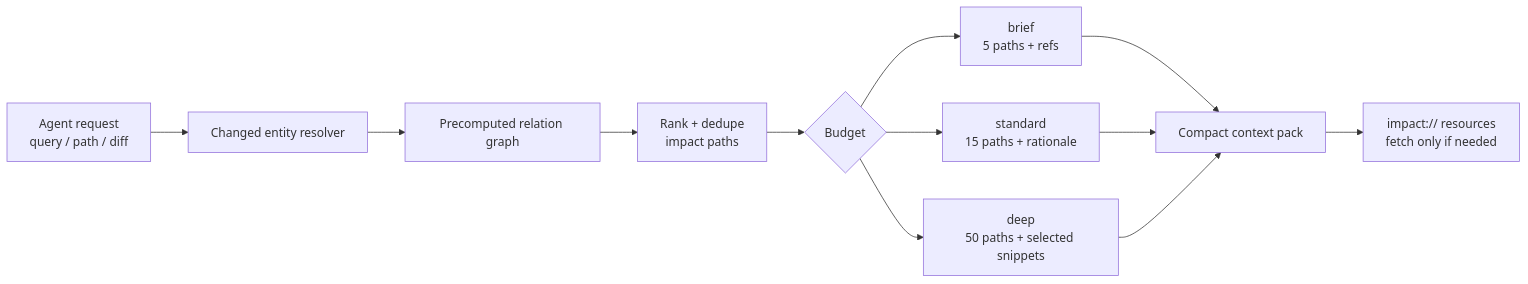
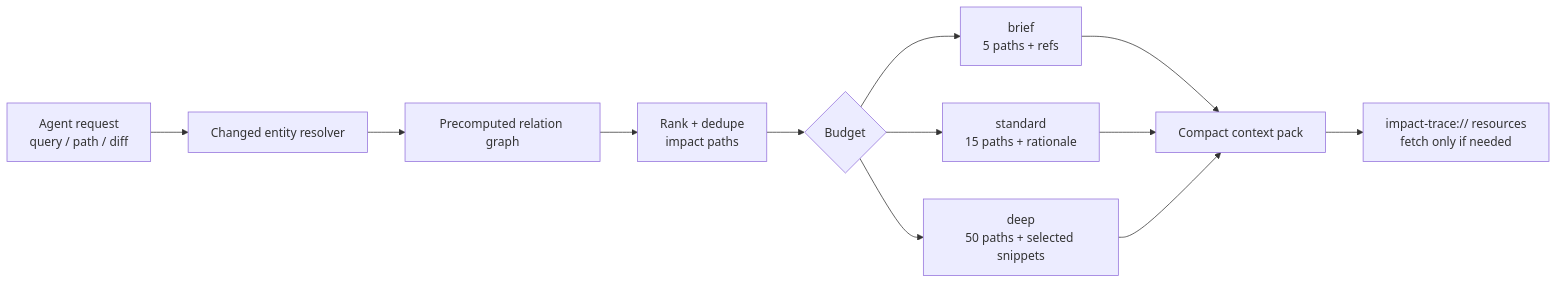
Before and after one commit to YouSangSon/Parallax: the second of 9 diagrams in docs/impact-context-layer-plan.ko.md, drawn with Mermaid. The commit also changed other lines of this file and 4 other files, not shown here.

First line of the commit message:
docs(agentmemory): follow-up roadmap 정렬

````diff
--- a/docs/impact-context-layer-plan.ko.md
+++ b/docs/impact-context-layer-plan.ko.md
@@ -149,14 +149,14 @@
 ```mermaid
 flowchart LR
   Request["Agent request<br/>query / path / diff"] --> Resolve["Changed entity resolver"]
   Resolve --> Graph["Precomputed relation graph"]
   Graph --> Rank["Rank + dedupe<br/>impact paths"]
   Rank --> Budget{"Budget"}
   Budget --> Brief["brief<br/>5 paths + refs"]
   Budget --> Standard["standard<br/>15 paths + rationale"]
   Budget --> Deep["deep<br/>50 paths + selected snippets"]
   Brief --> Pack["Compact context pack"]
   Standard --> Pack
   Deep --> Pack
-  Pack --> Links["impact:// resources<br/>fetch only if needed"]
+  Pack --> Links["impact-trace:// resources<br/>fetch only if needed"]
 ```
````
